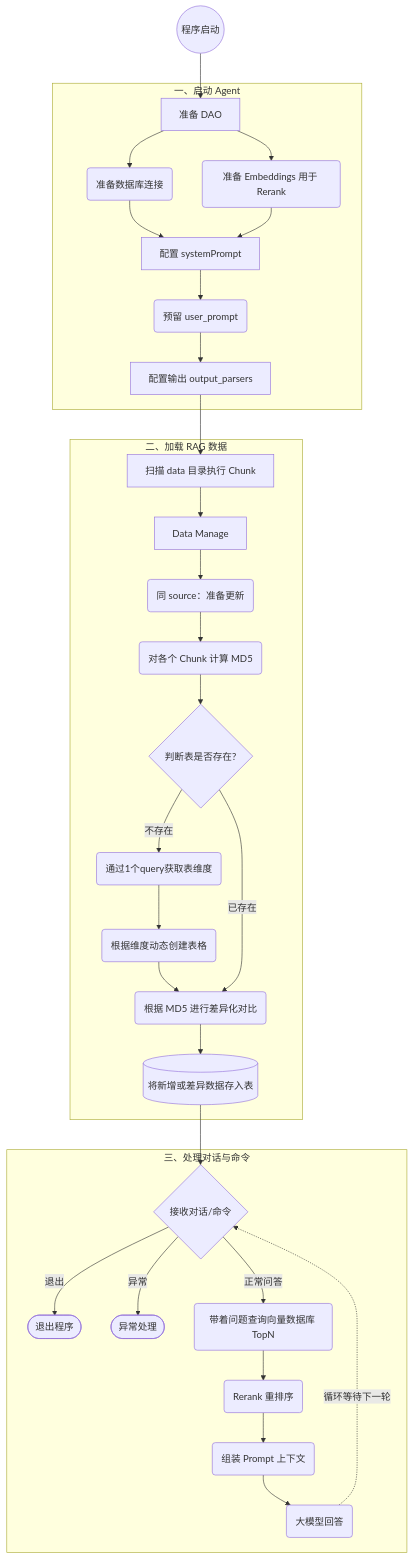
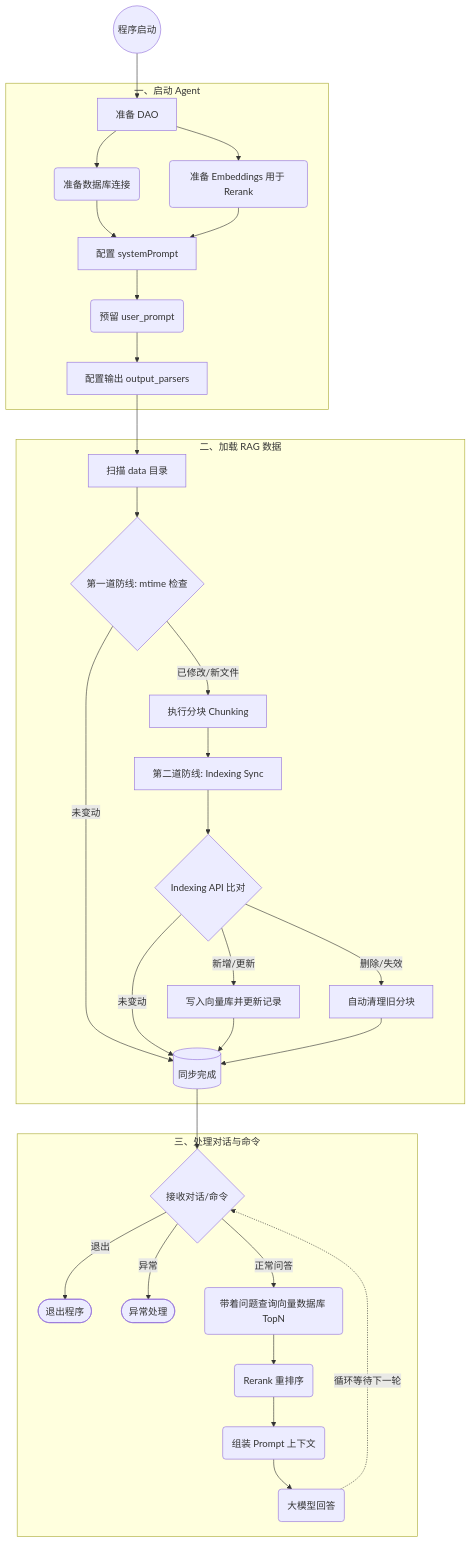
Before and after one commit to lrxCn/helloAgent: the diagram in README.md, drawn with Mermaid. The commit also changed other lines of this file and 10 other files, not shown here.

````diff
--- a/README.md
+++ b/README.md
@@ -31,43 +30,43 @@
 ```mermaid
 graph TD
     Start((程序启动)) --> P1
     
     subgraph Phase1 [一、启动 Agent]
         P1[准备 DAO] --> P1_1(准备数据库连接)
         P1 --> P1_2(准备 Embeddings 用于 Rerank)
         P1_1 --> P2[配置 systemPrompt]
         P1_2 --> P2
         P2 --> P2_1(预留 user_prompt)
         P2_1 --> P3[配置输出 output_parsers]
     end
 
-    P3 --> R1
+    P3 --> R0
     
     subgraph Phase2 [二、加载 RAG 数据]
-        R1[扫描 data 目录执行 Chunk] --> R2[Data Manage]
-        R2 --> R2_1(同 source：准备更新)
-        R2_1 --> R2_2(对各个 Chunk 计算 MD5)
-        R2_2 --> R3{判断表是否存在?}
+        R0[扫描 data 目录] --> R1{第一道防线: mtime 检查}
+        R1 -->|已修改/新文件| R2[执行分块 Chunking]
+        R1 -->|未变动| R7[(同步完成)]
         
-        R3 -->|不存在| R3_1(通过1个query获取表维度)
-        R3_1 --> R3_2(根据维度动态创建表格)
-        R3_2 --> R4
-        
-        R3 -->|已存在| R4(根据 MD5 进行差异化对比)
-        R4 --> R5[(将新增或差异数据存入表)]
+        R2 --> R3[第二道防线: Indexing Sync]
+        R3 --> R4{Indexing API 比对}
+        R4 -->|新增/更新| R5[写入向量库并更新记录]
+        R4 -->|删除/失效| R6[自动清理旧分块]
+        R4 -->|未变动| R7
+        R5 --> R7
+        R6 --> R7
     end
 
-    R5 --> C1
+    R7 --> C1
     
     subgraph Phase3 [三、处理对话与命令]
         C1{接收对话/命令}
         C1 -->|退出| C2([退出程序])
         C1 -->|异常| C3([异常处理])
         
         C1 -->|正常问答| C4_1(带着问题查询向量数据库 TopN)
         C4_1 --> C4_2(Rerank 重排序)
         C4_2 --> C4_3(组装 Prompt 上下文)
         C4_3 --> C4_4(大模型回答)
         C4_4 -.->|循环等待下一轮| C1
     end
 ```
````
